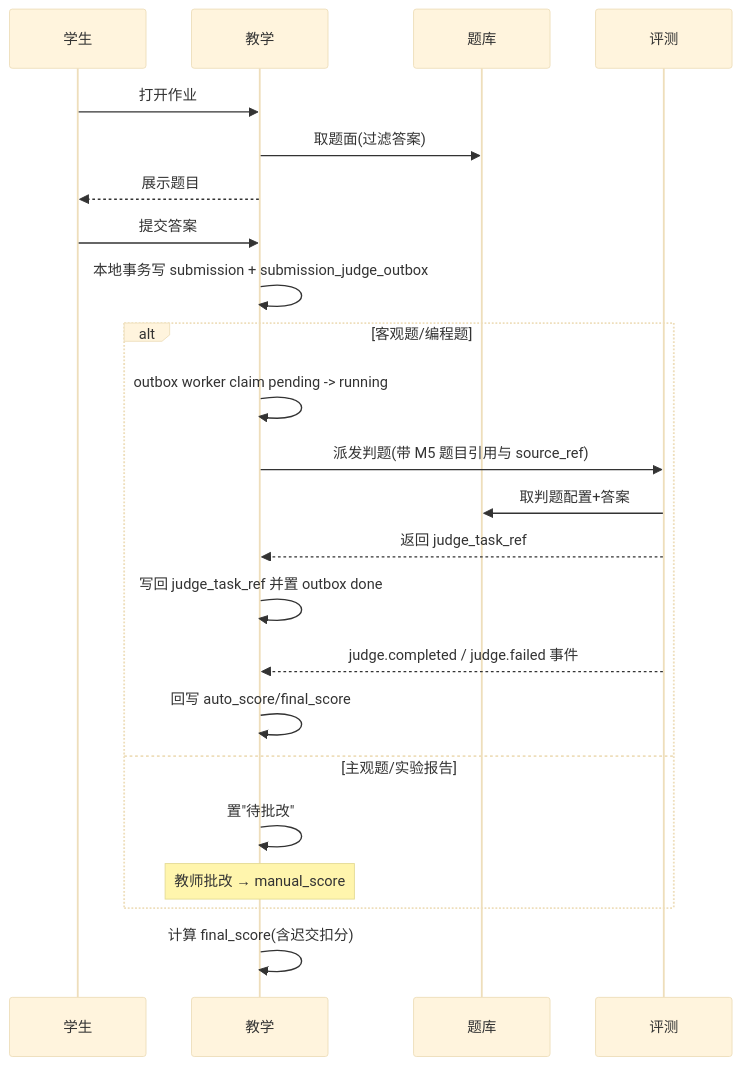
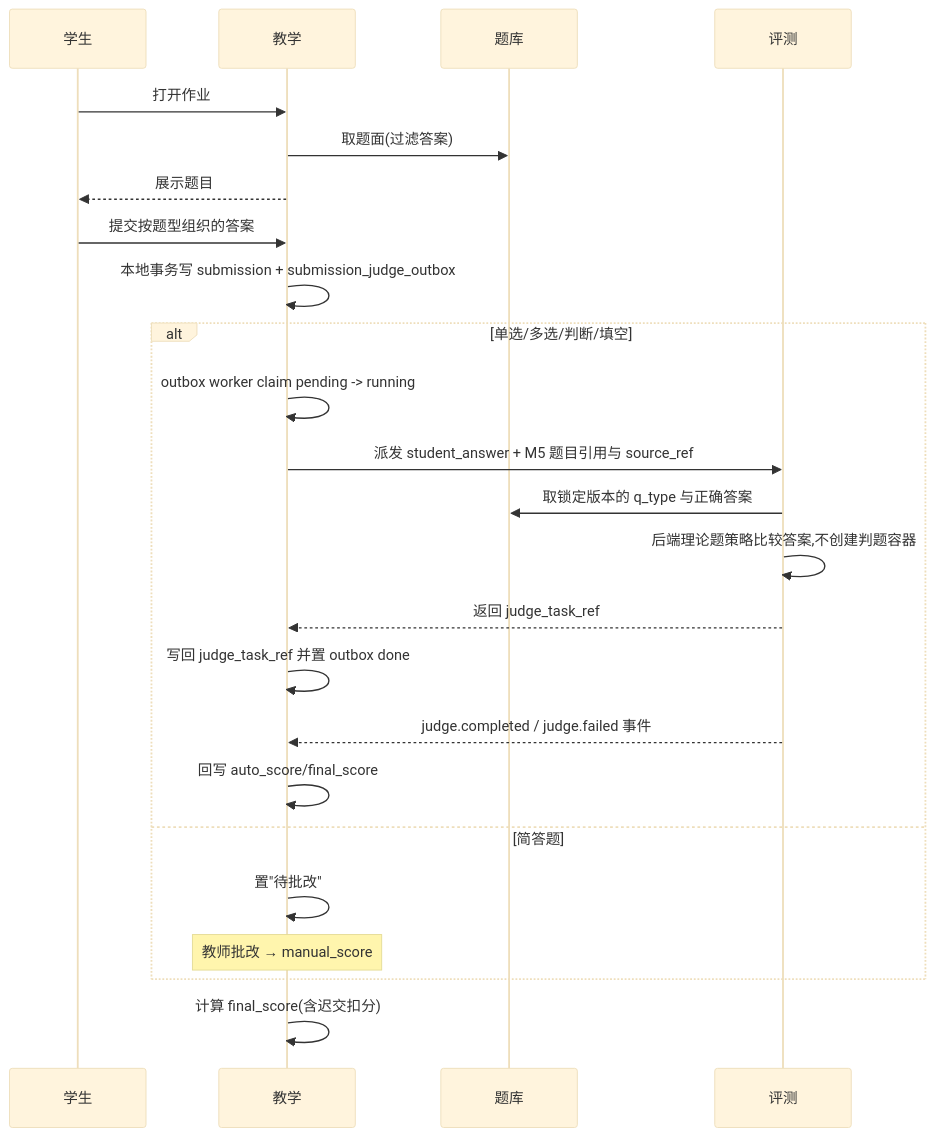
One commit to menghuishisan/CHAIMIR changed the third of 7 diagrams in docs/06-教学/05-业务流程与状态机.md. Above: the diagram before and after it, drawn with Mermaid (base theme). The commit also changed other lines of this file and 322 other files, not shown here.

````diff
--- a/docs/06-教学/05-业务流程与状态机.md
+++ b/docs/06-教学/05-业务流程与状态机.md
@@ -42,25 +42,26 @@
 ```mermaid
 sequenceDiagram
     participant S as 学生
     participant M6 as 教学
     participant M5 as 题库
     participant M3 as 评测
     S->>M6: 打开作业
     M6->>M5: 取题面(过滤答案)
     M6-->>S: 展示题目
-    S->>M6: 提交答案
+    S->>M6: 提交按题型组织的答案
     M6->>M6: 本地事务写 submission + submission_judge_outbox
-    alt 客观题/编程题
+    alt 单选/多选/判断/填空
         M6->>M6: outbox worker claim pending -> running
-        M6->>M3: 派发判题(带 M5 题目引用与 source_ref)
-        M3->>M5: 取判题配置+答案
+        M6->>M3: 派发 student_answer + M5 题目引用与 source_ref
+        M3->>M5: 取锁定版本的 q_type 与正确答案
+        M3->>M3: 后端理论题策略比较答案,不创建判题容器
         M3-->>M6: 返回 judge_task_ref
         M6->>M6: 写回 judge_task_ref 并置 outbox done
         M3-->>M6: judge.completed / judge.failed 事件
         M6->>M6: 回写 auto_score/final_score
-    else 主观题/实验报告
+    else 简答题
         M6->>M6: 置"待批改"
         Note over M6: 教师批改 → manual_score
     end
     M6->>M6: 计算 final_score(含迟交扣分)
 ```
````
